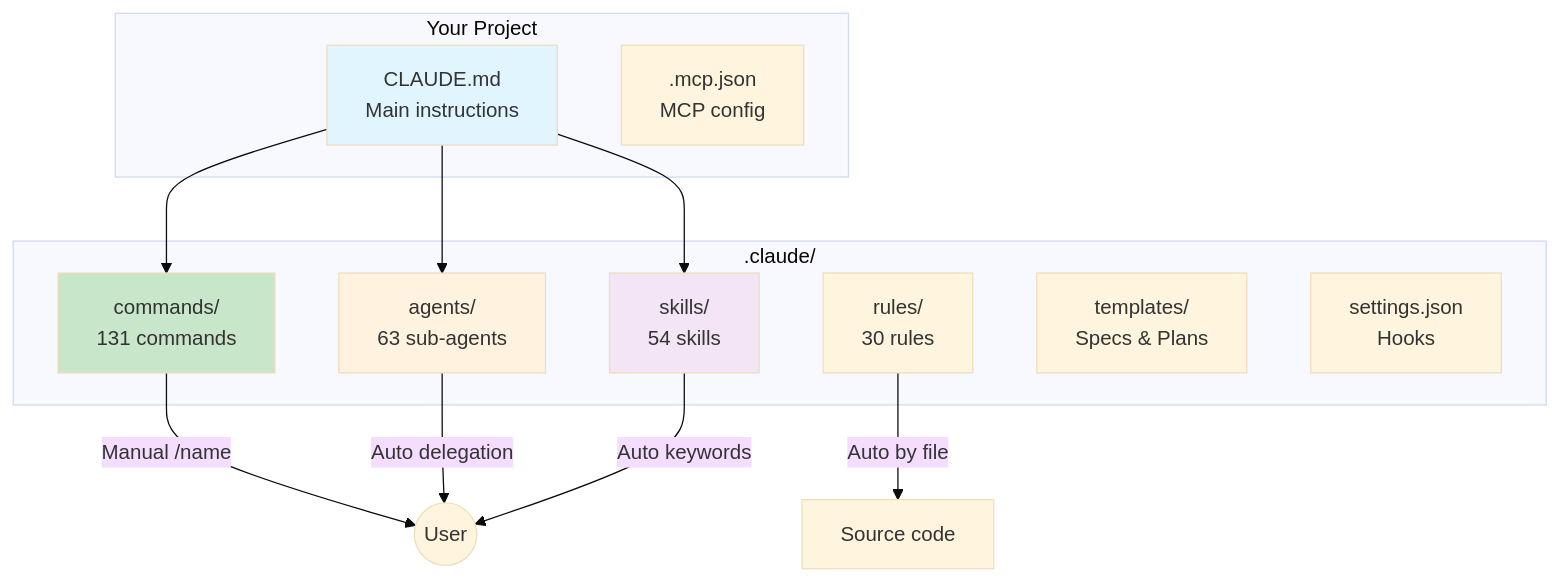
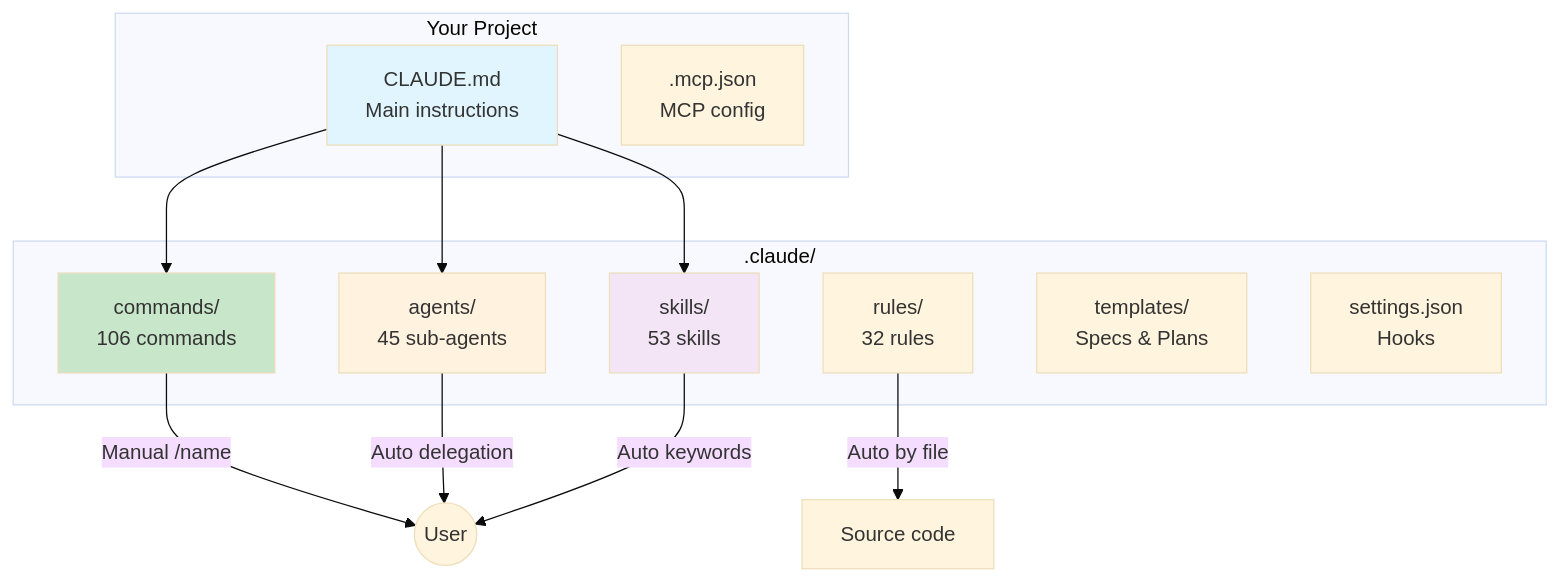
The first of 2 diagrams in website/docs/intro/architecture.md (christopherlouet/claude-base), drawn with Mermaid (base theme) before and after one commit. The commit also changed other lines of this file and 27 other files, not shown here.

````diff
--- a/website/docs/intro/architecture.md
+++ b/website/docs/intro/architecture.md
@@ -15,30 +15,30 @@
 ```mermaid
 graph TB
     subgraph "Your Project"
         CLAUDE[CLAUDE.md<br/>Main instructions]
         MCP[.mcp.json<br/>MCP config]
     end
 
     subgraph ".claude/"
-        CMDS[commands/<br/>131 commands]
-        AGENTS[agents/<br/>63 sub-agents]
-        SKILLS[skills/<br/>54 skills]
-        RULES[rules/<br/>30 rules]
+        CMDS[commands/<br/>106 commands]
+        AGENTS[agents/<br/>45 sub-agents]
+        SKILLS[skills/<br/>53 skills]
+        RULES[rules/<br/>32 rules]
         TPL[templates/<br/>Specs & Plans]
         SETTINGS[settings.json<br/>Hooks]
     end
 
     CLAUDE --> CMDS
     CLAUDE --> AGENTS
     CLAUDE --> SKILLS
 
     CMDS --> |"Manual /name"| USER((User))
     AGENTS --> |"Auto delegation"| USER
     SKILLS --> |"Auto keywords"| USER
     RULES --> |"Auto by file"| CODE[Source code]
 
     style CLAUDE fill:#e1f5fe
     style CMDS fill:#c8e6c9
     style AGENTS fill:#fff3e0
     style SKILLS fill:#f3e5f5
 ```
````
